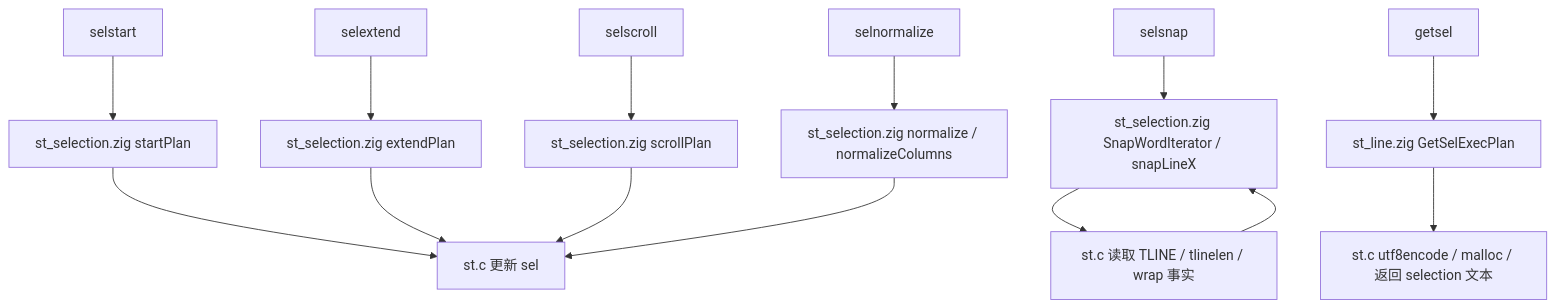
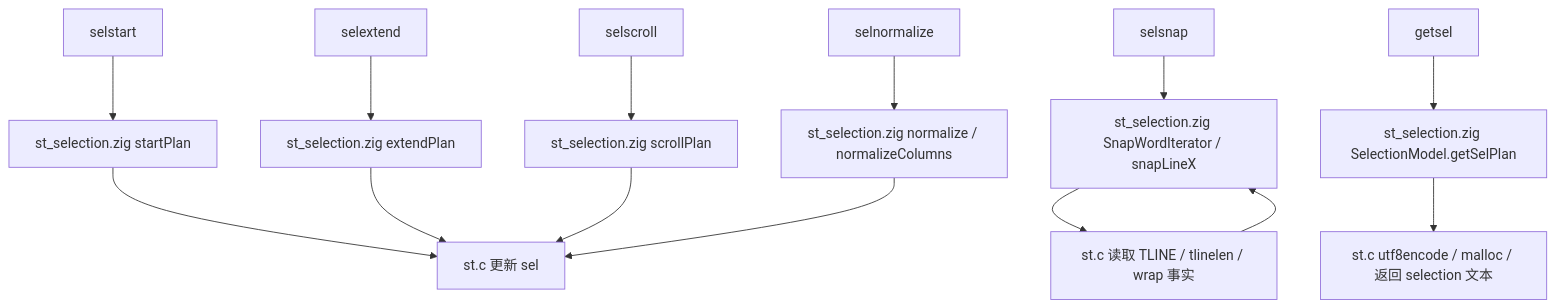
Before and after one commit to zdzDesigner/st: the sixth of 9 diagrams in docs/architecture-flow.md, drawn with Mermaid. The commit also changed other lines of this file and 6 other files, not shown here.

````diff
--- a/docs/architecture-flow.md
+++ b/docs/architecture-flow.md
@@ -158,17 +158,17 @@
 ```mermaid
 flowchart TD
     Start[selstart] --> StartPlan[st_selection.zig startPlan]
     Extend[selextend] --> ExtendPlan[st_selection.zig extendPlan]
     Scroll[selscroll] --> ScrollPlan[st_selection.zig scrollPlan]
     Normalize[selnormalize] --> Bounds[st_selection.zig normalize / normalizeColumns]
     Snap[selsnap] --> SnapPlan[st_selection.zig SnapWordIterator / snapLineX]
-    GetSel[getsel] --> GetLine[st_line.zig GetSelExecPlan]
+    GetSel[getsel] --> GetLine[st_selection.zig SelectionModel.getSelPlan]
 
     StartPlan --> CState[st.c 更新 sel]
     ExtendPlan --> CState
     ScrollPlan --> CState
     Bounds --> CState
     SnapPlan --> CRead[st.c 读取 TLINE / tlinelen / wrap 事实]
     CRead --> SnapPlan
     GetLine --> CCopy[st.c utf8encode / malloc / 返回 selection 文本]
 ```
````
